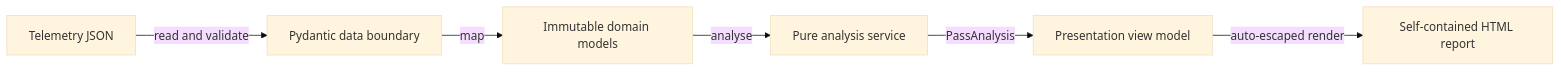
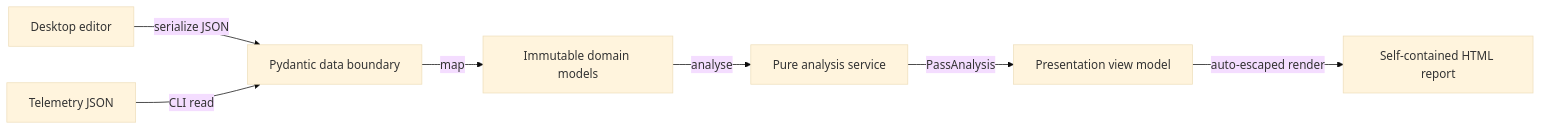
One commit to luke-lachlan-day/spacecraft-telemetry-pass-reporter changed the diagram in README.md. Above: the diagram before and after it, drawn with Mermaid (base theme). The commit also changed other lines of this file and 5 other files, not shown here.

````diff
--- a/README.md
+++ b/README.md
@@ -38,8 +73,9 @@
 ```mermaid
 flowchart LR
-    JSON[Telemetry JSON] -->|read and validate| DATA[Pydantic data boundary]
+    GUI[Desktop editor] -->|serialize JSON| DATA[Pydantic data boundary]
+    JSON[Telemetry JSON] -->|CLI read| DATA
     DATA -->|map| DOMAIN[Immutable domain models]
     DOMAIN -->|analyse| SERVICE[Pure analysis service]
     SERVICE -->|PassAnalysis| VIEW[Presentation view model]
     VIEW -->|auto-escaped render| HTML[Self-contained HTML report]
 ```
````
